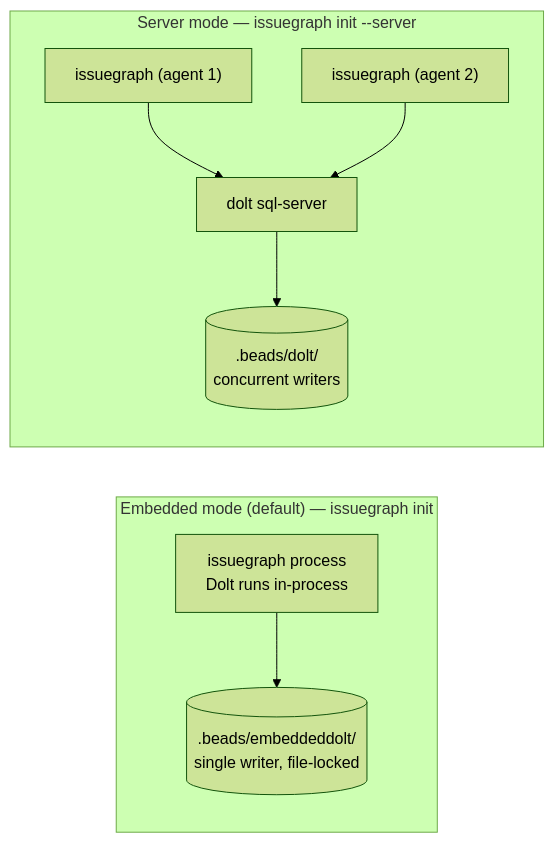
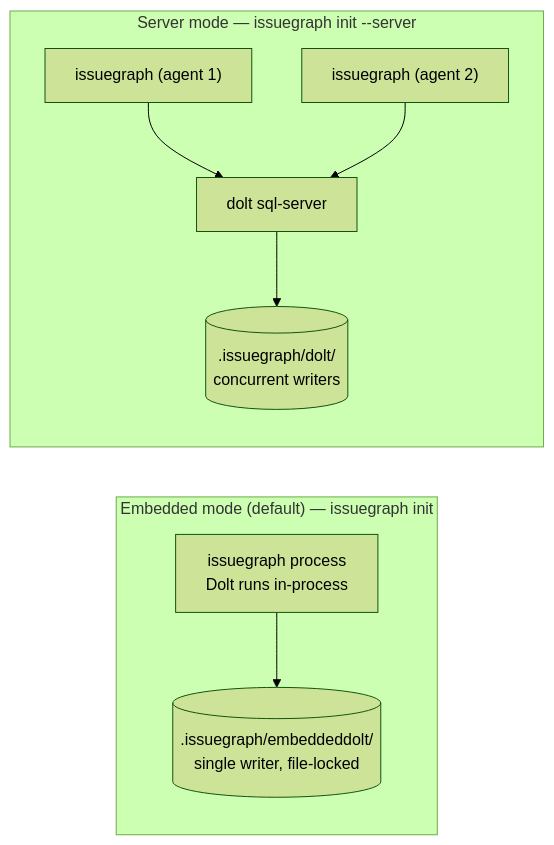
One commit to borg0ai/dx-issuegraph changed the diagram in docs/architecture/dolt.md. Above: the diagram before and after it, drawn with Mermaid (forest theme). The commit also changed other lines of this file and 3234 other files, not shown here.

````diff
--- a/docs/architecture/dolt.md
+++ b/docs/architecture/dolt.md
@@ -146,11 +146,11 @@
 ```mermaid
 flowchart LR
     subgraph embedded["Embedded mode (default) — issuegraph init"]
-        bd1["issuegraph process<br/>Dolt runs in-process"] --> d1[(".beads/embeddeddolt/<br/>single writer, file-locked")]
+        bd1["issuegraph process<br/>Dolt runs in-process"] --> d1[(".issuegraph/embeddeddolt/<br/>single writer, file-locked")]
     end
     subgraph server["Server mode — issuegraph init --server"]
         bd2["issuegraph (agent 1)"] --> srv["dolt sql-server"]
         bd3["issuegraph (agent 2)"] --> srv
-        srv --> d2[(".beads/dolt/<br/>concurrent writers")]
+        srv --> d2[(".issuegraph/dolt/<br/>concurrent writers")]
     end
 ```
````
